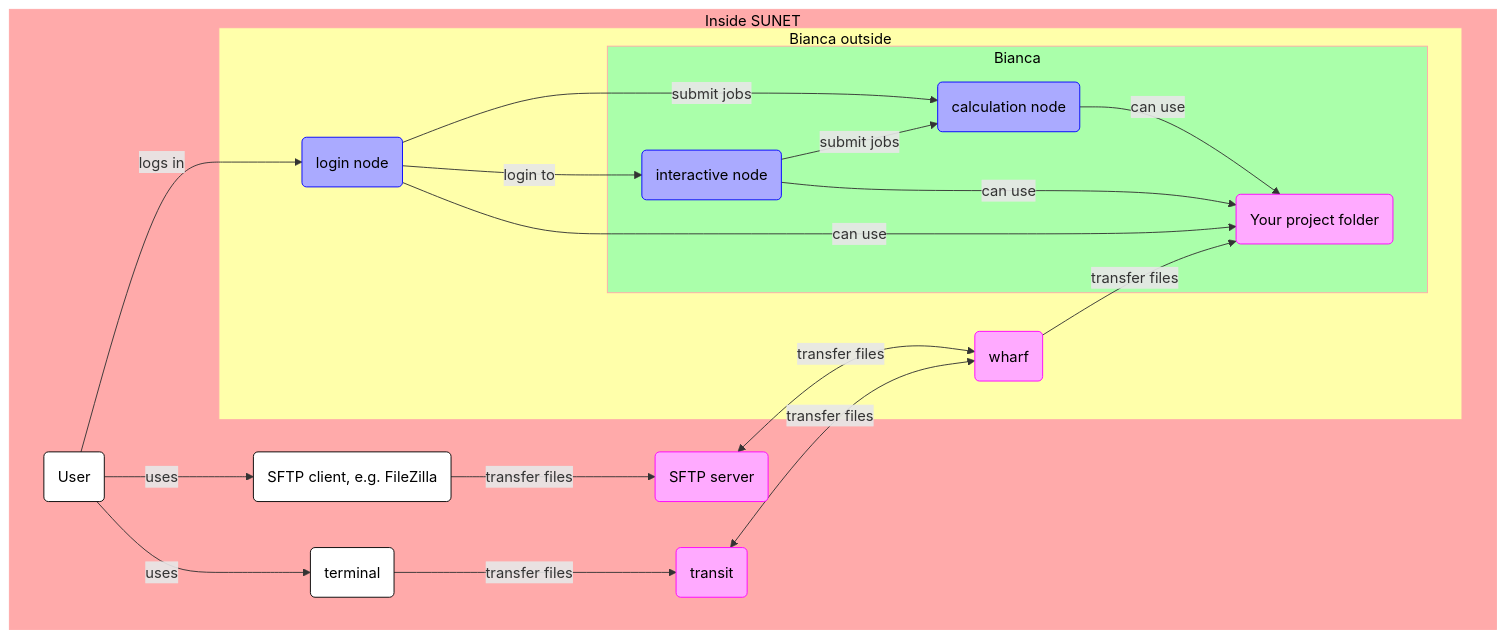
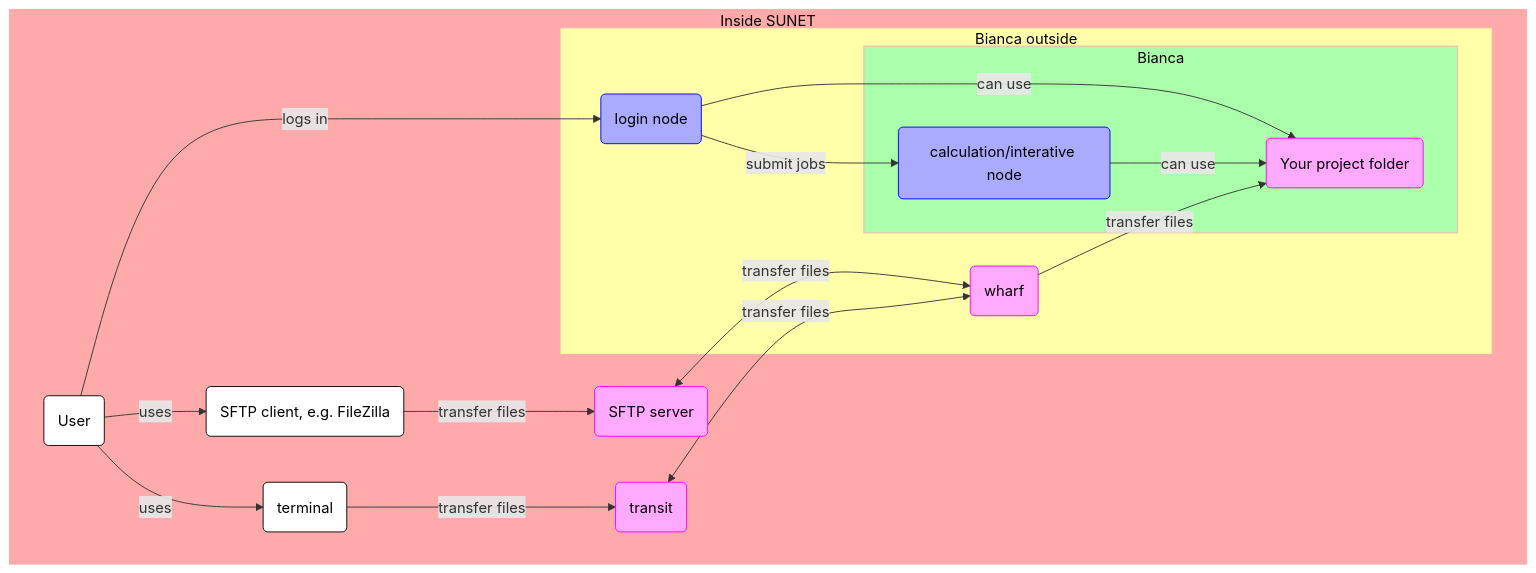
One commit to UPPMAX/bianca_workshop changed the second of 2 diagrams in docs/file_transfer_using_gui.md. Above: the diagram before and after it, drawn with Mermaid.

Commit message:
Simplify

````diff
--- a/docs/file_transfer_using_gui.md
+++ b/docs/file_transfer_using_gui.md
@@ -269,45 +269,41 @@
 ```mermaid
 flowchart TD
 
     %% Give a white background to all nodes, instead of a transparent one
     classDef node fill:#fff,color:#000,stroke:#000
 
     %% Graph nodes for files and calculations
     classDef file_node fill:#faf,color:#000,stroke:#f0f
     classDef calculation_node fill:#aaf,color:#000,stroke:#00f
 
     subgraph sunet[Inside SUNET]
       subgraph bianca_outside[Bianca outside]
         login_node(login node):::calculation_node
         wharf(wharf):::file_node
         subgraph bianca_inside[Bianca]
-          calculation_node(calculation node):::calculation_node
-          interactive_node(interactive node):::calculation_node
+          calculation_node(calculation/interative node):::calculation_node
           your_project_folder(Your project folder):::file_node
         end
       end
       user(User)
       sftp_client(SFTP client, e.g. FileZilla)
       transit(transit):::file_node
       sftp_server(SFTP server):::file_node
       terminal(terminal)
     end
     style bianca_inside fill:#afa,color:#000,stroke:#faa
     style bianca_outside fill:#ffa,color:#000,stroke:#faa
     style sunet fill:#faa,color:#000,stroke:#faa
 
     user --> |logs in |login_node
     user --> |uses| sftp_client
     user --> |uses| terminal
     sftp_client --> |transfer files|sftp_server
     sftp_server <--> |transfer files|wharf
     terminal --> |transfer files| transit
     transit <--> |transfer files|wharf
     login_node --> |submit jobs|calculation_node
-    login_node --> |login to|interactive_node
-    interactive_node --> |submit jobs|calculation_node
     login_node --> |can use|your_project_folder
-    interactive_node --> |can use|your_project_folder
     calculation_node --> |can use|your_project_folder
     wharf --> |transfer files| your_project_folder
 ```
````
